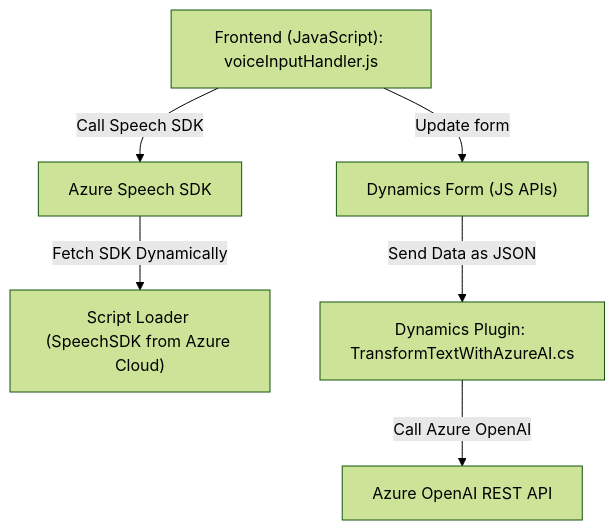
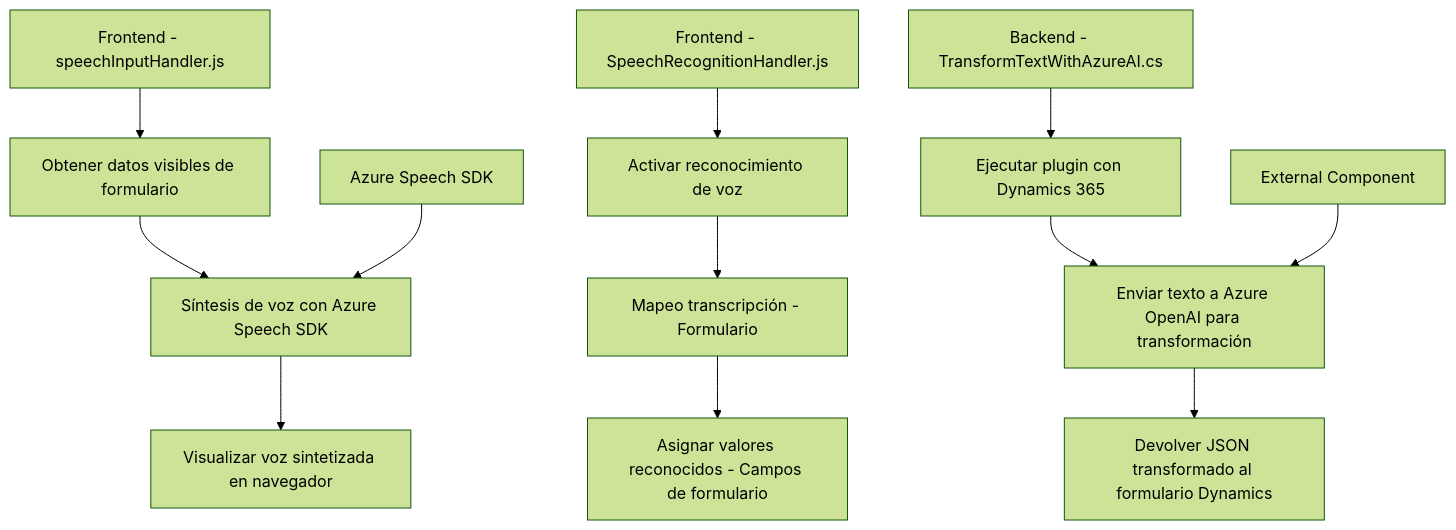
Before and after one commit to blopezdm/NETCORE_BILBAO2025: the diagram in README.md, drawn with Mermaid (forest theme). The commit also changed other lines of this file, not shown here.

Commit message:
Actualizar análisis global de la solución con IA

````diff
--- a/README.md
+++ b/README.md
@@ -48,8 +52,17 @@
-```mermaid  
-graph TD  
-  A["Frontend (JavaScript): voiceInputHandler.js"] -->|Call Speech SDK| B["Azure Speech SDK"]  
-  A -->|Update form| F["Dynamics Form (JS APIs)"]  
-  B -->|Fetch SDK Dynamically| C["Script Loader (SpeechSDK from Azure Cloud)"]  
-  F -->|Send Data as JSON| D["Dynamics Plugin: TransformTextWithAzureAI.cs"]  
-  D -->|Call Azure OpenAI| E["Azure OpenAI REST API"]  
-```  
+```mermaid
+graph TD
+    A["Frontend - speechInputHandler.js"] --> B["Obtener datos visibles de formulario"]
+    B --> C["Síntesis de voz con Azure Speech SDK"]
+    C --> D["Visualizar voz sintetizada en navegador"]
+
+    E["Frontend - SpeechRecognitionHandler.js"] --> F["Activar reconocimiento de voz"]
+    F --> G["Mapeo transcripción - Formulario"]
+    G --> H["Asignar valores reconocidos - Campos de formulario"]
+
+    I["Backend - TransformTextWithAzureAI.cs"] --> J["Ejecutar plugin con Dynamics 365"]
+    J --> K["Enviar texto a Azure OpenAI para transformación"]
+    K --> L["Devolver JSON transformado al formulario Dynamics"]
+
+    M["External Component"] --> K
+    N["Azure Speech SDK"] --> C
+```
````
